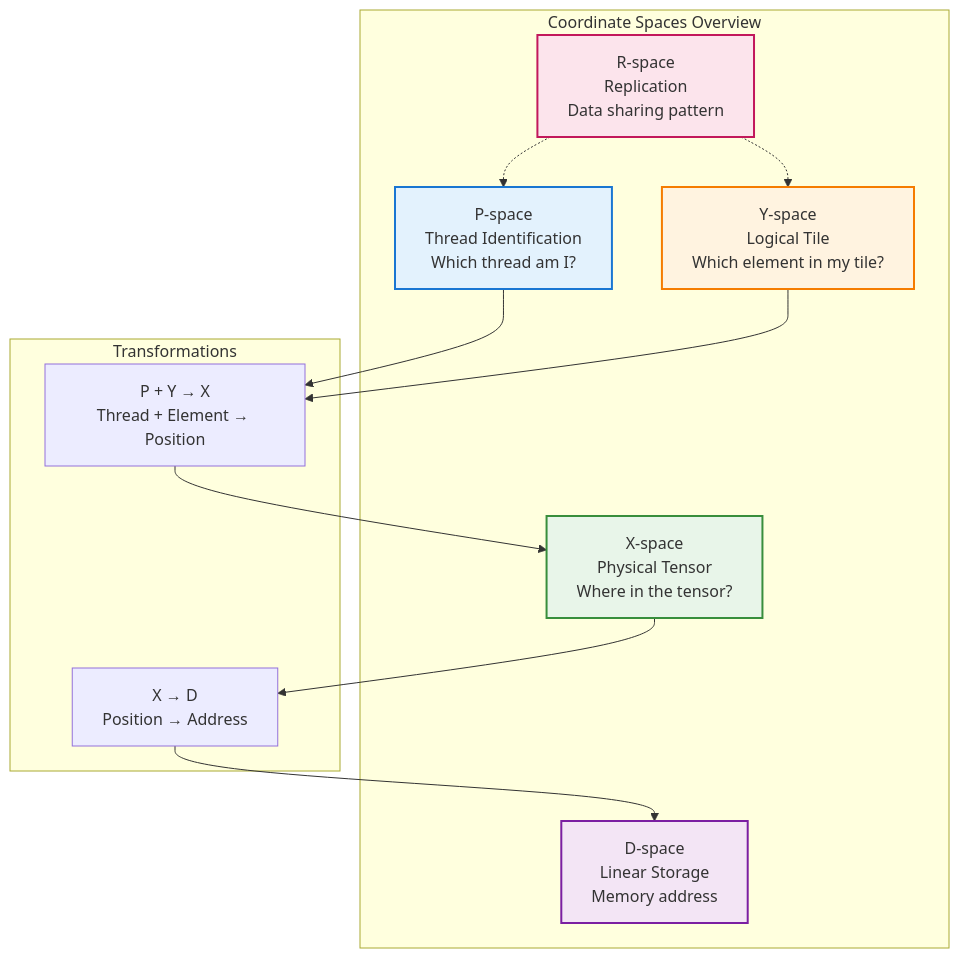
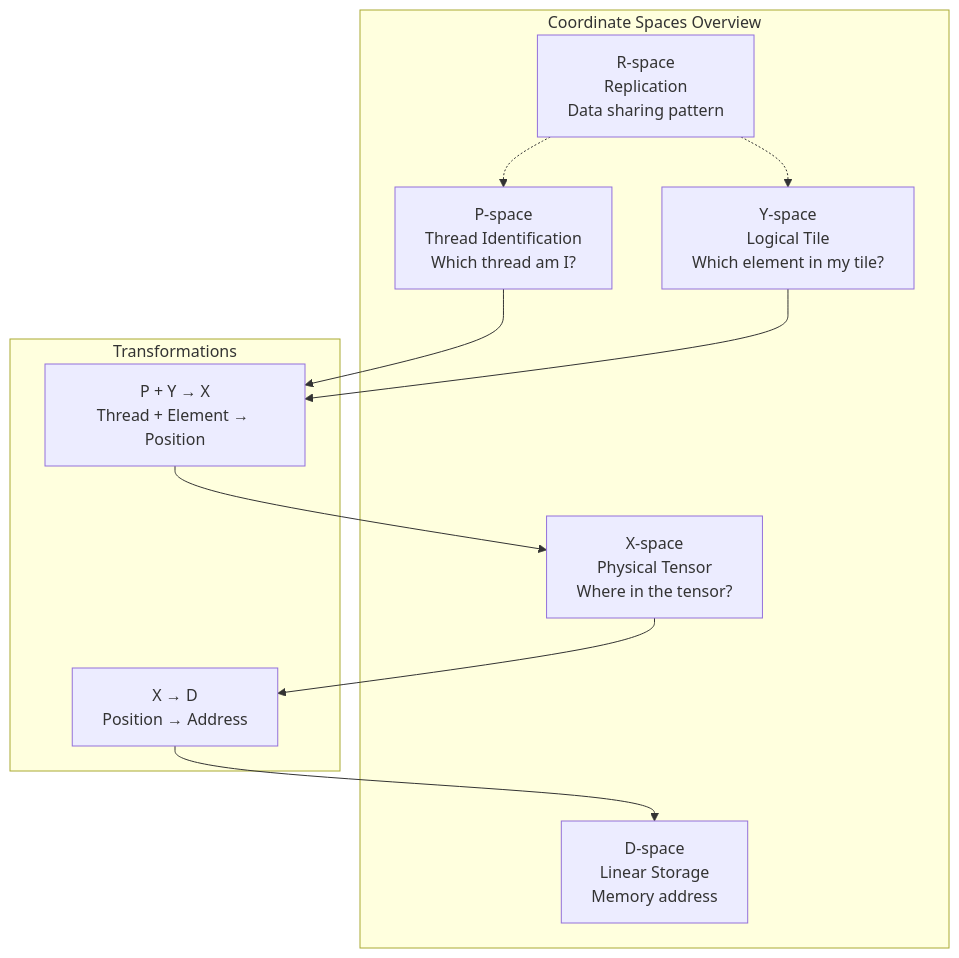
One commit to hdt98/rocm-libraries changed the first of 6 diagrams in projects/composablekernel/docs/conceptual/ck_tile/coordinate_systems.rst. Above: the diagram before and after it, drawn with Mermaid. The commit also changed other lines of this file and 21 other files, not shown here.

First line of the commit message:
[ck] Updated CK Tile documentation to use mermaid diagrams (#7955)

```diff
--- a/projects/composablekernel/docs/conceptual/ck_tile/coordinate_systems.rst
+++ b/projects/composablekernel/docs/conceptual/ck_tile/coordinate_systems.rst
@@ -24,30 +18,24 @@
-      .. mermaid::
-      
-         graph TB
-             subgraph "Coordinate Spaces Overview"
-                 P["P-space<br/>Thread Identification<br/>Which thread am I?"]
-                 Y["Y-space<br/>Logical Tile<br/>Which element in my tile?"]
-                 X["X-space<br/>Physical Tensor<br/>Where in the tensor?"]
-                 R["R-space<br/>Replication<br/>Data sharing pattern"]
-                 D["D-space<br/>Linear Storage<br/>Memory address"]
-             end
-   
-             subgraph "Transformations"
-                 T1["P + Y → X<br/>Thread + Element → Position"]
-                 T2["X → D<br/>Position → Address"]
-             end
-   
-             P --> T1
-             Y --> T1
-             T1 --> X
-             X --> T2
-             T2 --> D
-   
-             R -.-> P
-             R -.-> Y
-   
-             style P fill:#e3f2fd,stroke:#1976d2,stroke-width:2px
-             style Y fill:#fff3e0,stroke:#f57c00,stroke-width:2px
-             style X fill:#e8f5e9,stroke:#388e3c,stroke-width:2px
-             style R fill:#fce4ec,stroke:#c2185b,stroke-width:2px
-             style D fill:#f3e5f5,stroke:#7b1fa2,stroke-width:2px
+.. mermaid::
+
+   graph TB
+       subgraph "Coordinate Spaces Overview"
+           P["P-space<br/>Thread Identification<br/>Which thread am I?"]
+           Y["Y-space<br/>Logical Tile<br/>Which element in my tile?"]
+           X["X-space<br/>Physical Tensor<br/>Where in the tensor?"]
+           R["R-space<br/>Replication<br/>Data sharing pattern"]
+           D["D-space<br/>Linear Storage<br/>Memory address"]
+       end
+
+       subgraph "Transformations"
+           T1["P + Y → X<br/>Thread + Element → Position"]
+           T2["X → D<br/>Position → Address"]
+       end
+
+       P --> T1
+       Y --> T1
+       T1 --> X
+       X --> T2
+       T2 --> D
+
+       R -.-> P
+       R -.-> Y
```
